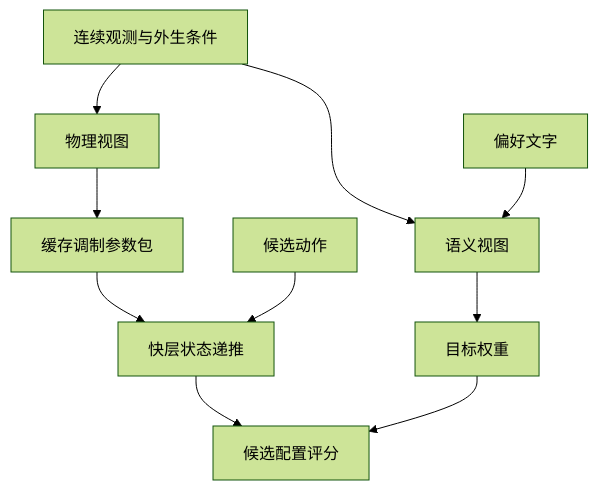
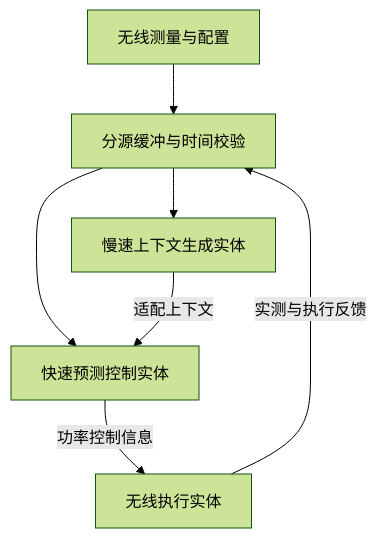
Before and after one commit to xuda1979/-6G-MR-NWM: the first of 5 diagrams in patents/mr-nwm/INVENTION_DISCLOSURE_CN.md, drawn with Mermaid (forest theme). The commit also changed other lines of this file and 12 other files, not shown here.

````diff
--- a/patents/mr-nwm/INVENTION_DISCLOSURE_CN.md
+++ b/patents/mr-nwm/INVENTION_DISCLOSURE_CN.md
@@ -89,12 +60,9 @@
 ```mermaid
 flowchart TD
- O[连续观测与外生条件] --> P[物理视图]
- O --> S[语义视图]
- I[偏好文字] --> S
- P --> M[缓存调制参数包]
- M --> F[快层状态递推]
- A[候选动作] --> F
- S --> W[目标权重]
- F --> U[候选配置评分]
- W --> U
+ O[无线测量与配置] --> B[分源缓冲与时间校验]
+ B --> S[慢速上下文生成实体]
+ B --> C[快速预测控制实体]
+ S -->|适配上下文| C
+ C -->|功率控制信息| E[无线执行实体]
+ E -->|实测与执行反馈| B
 ```
````
